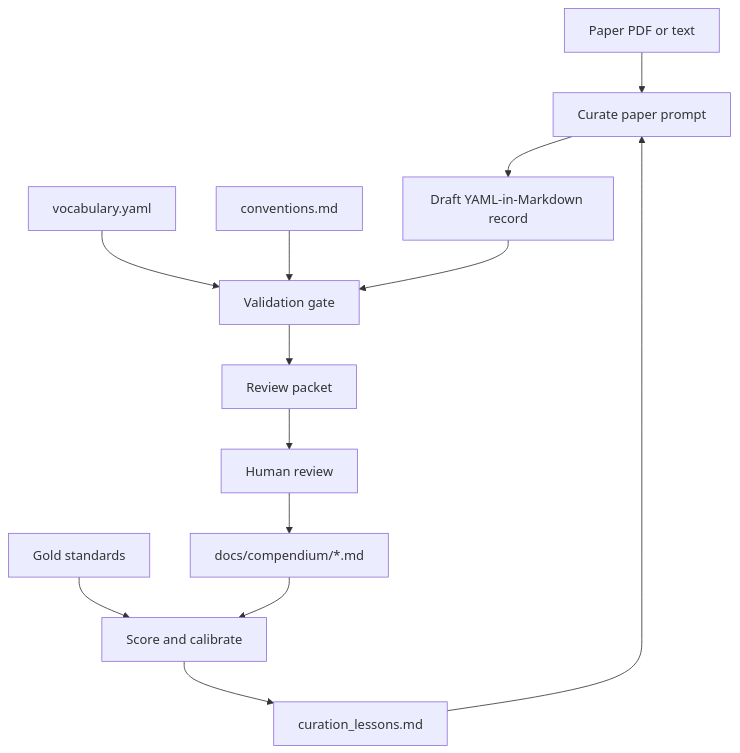
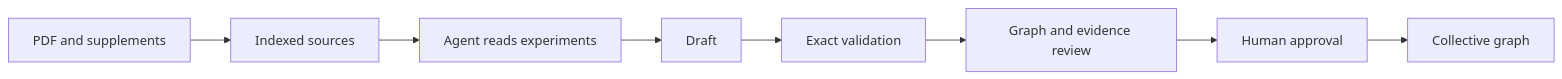
The diagram in agent/README.md (sciencesteveho/nasp_compendium), drawn with Mermaid before and after one commit. The commit also changed other lines of this file and 126 other files, not shown here.

````diff
--- a/agent/README.md
+++ b/agent/README.md
@@ -10,15 +27,10 @@
 ```mermaid
-flowchart TD
-    Paper[Paper PDF or text] --> Curate[Curate paper prompt]
-    Curate --> Draft[Draft YAML-in-Markdown record]
-    Vocabulary[vocabulary.yaml] --> Validate[Validation gate]
-    Conventions[conventions.md] --> Validate
-    Draft --> Validate
-    Validate --> Review[Review packet]
-    Review --> Human[Human review]
-    Human --> Compendium[docs/compendium/*.md]
-    Gold[Gold standards] --> Score[Score and calibrate]
-    Compendium --> Score
-    Score --> Lessons[curation_lessons.md]
-    Lessons --> Curate
+flowchart LR
+  P[PDF and supplements] --> S[Indexed sources]
+  S --> A[Agent reads experiments]
+  A --> D[Draft]
+  D --> V[Exact validation]
+  V --> R[Graph and evidence review]
+  R --> H[Human approval]
+  H --> G[Collective graph]
 ```
````
